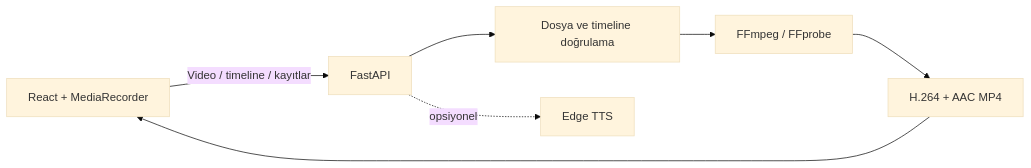
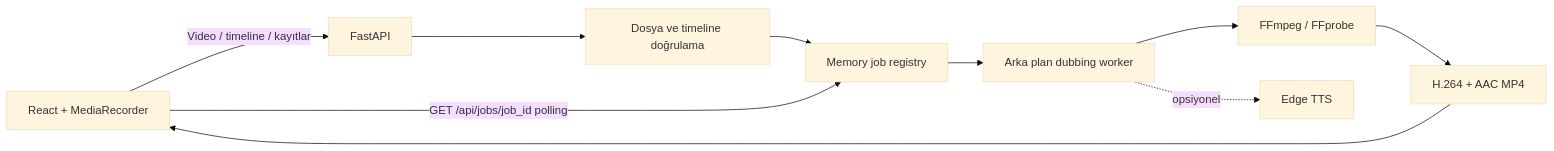
One commit to berat1834/dublajlab changed the diagram in README.md. Above: the diagram before and after it, drawn with Mermaid (base theme). The commit also changed other lines of this file and 9 other files, not shown here.

Commit message:
feat: add job queue and progress polling

````diff
--- a/README.md
+++ b/README.md
@@ -145,9 +145,12 @@
 ```mermaid
 flowchart LR
     Browser[React + MediaRecorder] -->|Video / timeline / kayıtlar| API[FastAPI]
     API --> Validation[Dosya ve timeline doğrulama]
-    Validation --> FFmpeg[FFmpeg / FFprobe]
+    Validation --> Registry[Memory job registry]
+    Registry --> Worker[Arka plan dubbing worker]
+    Browser -->|GET /api/jobs/job_id polling| Registry
+    Worker --> FFmpeg[FFmpeg / FFprobe]
+    Worker -. opsiyonel .-> TTS[Edge TTS]
     FFmpeg --> Output[H.264 + AAC MP4]
-    API -. opsiyonel .-> TTS[Edge TTS]
     Output --> Browser
 ```
````
